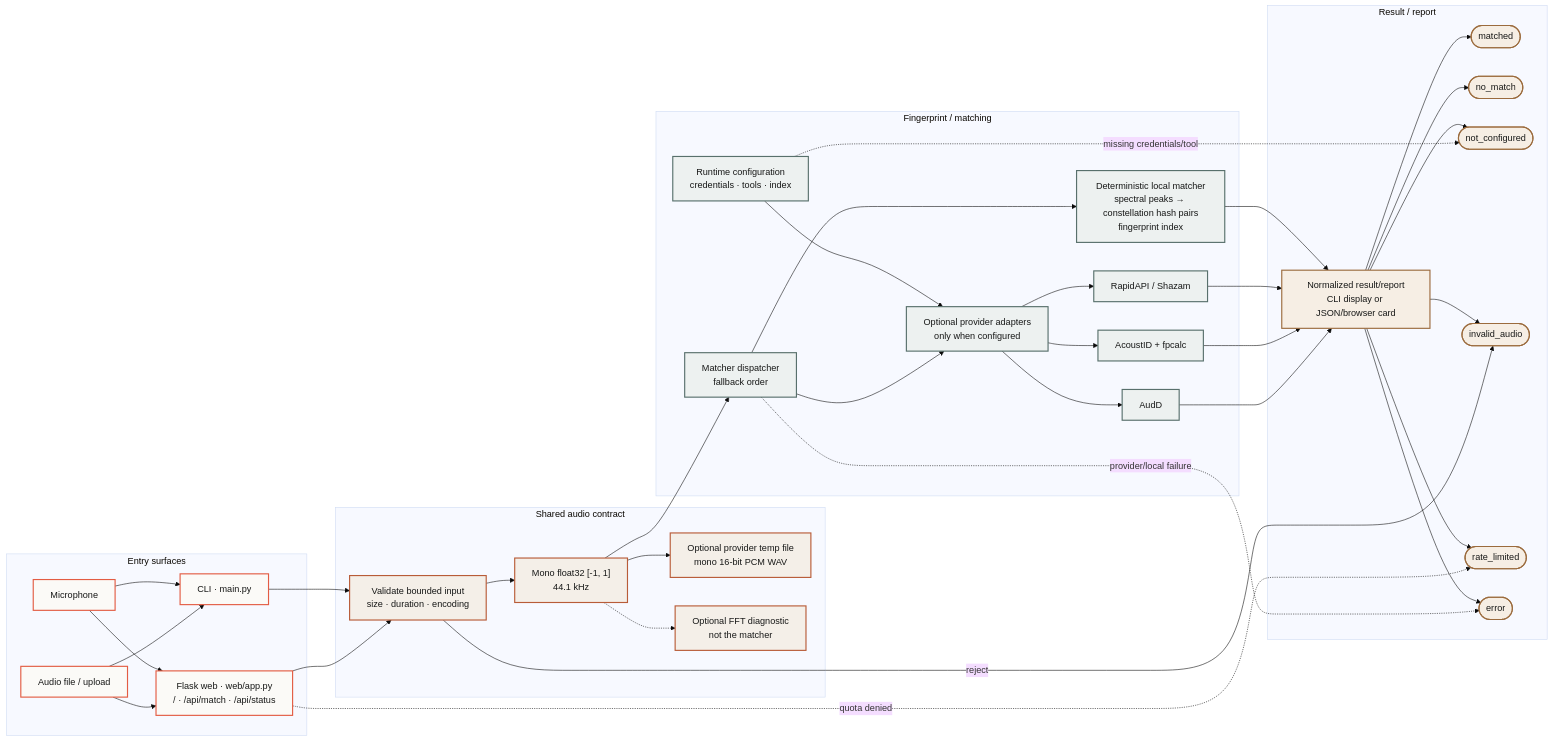
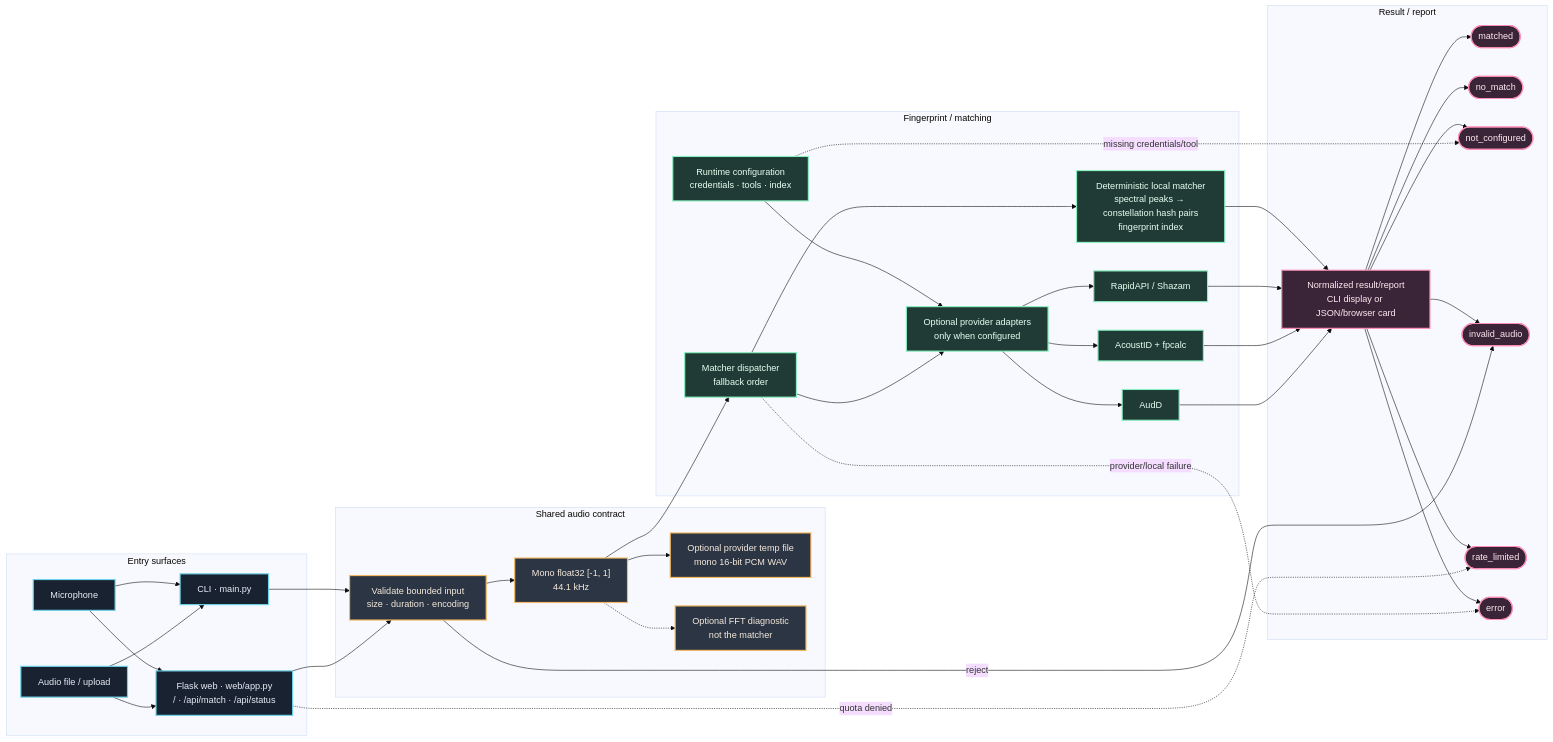
The diagram in docs/architecture/audio-recognition.mmd (icecold009/Audio-Recognition), drawn with Mermaid (base theme) before and after one commit. The commit also changed 2 other files, not shown here.

Commit message:
docs: switch architecture diagram to dark mode

```diff
--- a/docs/architecture/audio-recognition.mmd
+++ b/docs/architecture/audio-recognition.mmd
@@ -1,83 +1,83 @@
 flowchart LR
   subgraph Entry["Entry surfaces"]
     CLI["CLI · main.py"]
     WEB["Flask web · web/app.py<br/>/ · /api/match · /api/status"]
     MIC["Microphone"]
     FILE["Audio file / upload"]
     MIC --> CLI
     FILE --> CLI
     MIC --> WEB
     FILE --> WEB
   end
 
   subgraph Contract["Shared audio contract"]
     VALIDATE["Validate bounded input<br/>size · duration · encoding"]
     NORMALIZE["Mono float32 [-1, 1]<br/>44.1 kHz"]
     TEMPWAV["Optional provider temp file<br/>mono 16-bit PCM WAV"]
     DIAG["Optional FFT diagnostic<br/>not the matcher"]
     VALIDATE --> NORMALIZE
     NORMALIZE --> TEMPWAV
     NORMALIZE -.-> DIAG
   end
 
   subgraph Matching["Fingerprint / matching"]
     DISPATCH["Matcher dispatcher<br/>fallback order"]
     LOCAL["Deterministic local matcher<br/>spectral peaks → constellation hash pairs<br/>fingerprint index"]
     CONFIG["Runtime configuration<br/>credentials · tools · index"]
     PROVIDERS["Optional provider adapters<br/>only when configured"]
     SHAZAM["RapidAPI / Shazam"]
     ACOUSTID["AcoustID + fpcalc"]
     AUDD["AudD"]
     CONFIG --> PROVIDERS
     DISPATCH --> LOCAL
     DISPATCH --> PROVIDERS
     PROVIDERS --> SHAZAM
     PROVIDERS --> ACOUSTID
     PROVIDERS --> AUDD
   end
 
   subgraph Output["Result / report"]
     RESULT["Normalized result/report<br/>CLI display or JSON/browser card"]
     MATCHED(["matched"])
     NO_MATCH(["no_match"])
     NOT_CONFIGURED(["not_configured"])
     INVALID(["invalid_audio"])
     RATE_LIMITED(["rate_limited"])
     ERROR(["error"])
     RESULT --> MATCHED
     RESULT --> NO_MATCH
     RESULT --> NOT_CONFIGURED
     RESULT --> INVALID
     RESULT --> RATE_LIMITED
     RESULT --> ERROR
   end
 
   CLI --> VALIDATE
   WEB --> VALIDATE
   NORMALIZE --> DISPATCH
   LOCAL --> RESULT
   SHAZAM --> RESULT
   ACOUSTID --> RESULT
   AUDD --> RESULT
   VALIDATE -->|reject| INVALID
   CONFIG -. missing credentials/tool .-> NOT_CONFIGURED
   WEB -. quota denied .-> RATE_LIMITED
   DISPATCH -. provider/local failure .-> ERROR
 
   click CLI "https://github.com/icecold009/audio-recognition/blob/main/main.py" "CLI entry"
   click WEB "https://github.com/icecold009/audio-recognition/blob/main/web/app.py" "Flask routes"
   click VALIDATE "https://github.com/icecold009/audio-recognition/blob/main/shazam_project/recorder.py" "Audio validation"
   click NORMALIZE "https://github.com/icecold009/audio-recognition/blob/main/shazam_project/recorder.py" "Audio normalization"
   click DISPATCH "https://github.com/icecold009/audio-recognition/blob/main/shazam_project/matcher.py" "Matcher dispatcher"
   click LOCAL "https://github.com/icecold009/audio-recognition/blob/main/shazam_project/fingerprint.py" "Local fingerprint matcher"
   click PROVIDERS "https://github.com/icecold009/audio-recognition/blob/main/shazam_project/matcher.py" "Provider adapters"
   click RESULT "https://github.com/icecold009/audio-recognition/tree/main/tests" "Contract and integration tests"
 
-  classDef entry fill:#fbfaf7,stroke:#e35c43,stroke-width:2px,color:#171817;
-  classDef contract fill:#f4efe8,stroke:#b85c38,stroke-width:2px,color:#171817;
-  classDef matching fill:#edf1f0,stroke:#58706c,stroke-width:2px,color:#171817;
-  classDef output fill:#f6eee4,stroke:#9b6b3d,stroke-width:2px,color:#171817;
+  classDef entry fill:#192231,stroke:#6dd4e9,stroke-width:2px,color:#e8edf5;
+  classDef contract fill:#2c3544,stroke:#f4b860,stroke-width:2px,color:#f5eadc;
+  classDef matching fill:#203b36,stroke:#8af0bf,stroke-width:2px,color:#e8fff2;
+  classDef output fill:#3a2437,stroke:#ff8eb6,stroke-width:2px,color:#ffeaf2;
   class CLI,WEB,MIC,FILE entry;
   class VALIDATE,NORMALIZE,TEMPWAV,DIAG contract;
   class DISPATCH,LOCAL,CONFIG,PROVIDERS,SHAZAM,ACOUSTID,AUDD matching;
   class RESULT,MATCHED,NO_MATCH,NOT_CONFIGURED,INVALID,RATE_LIMITED,ERROR output;
```
